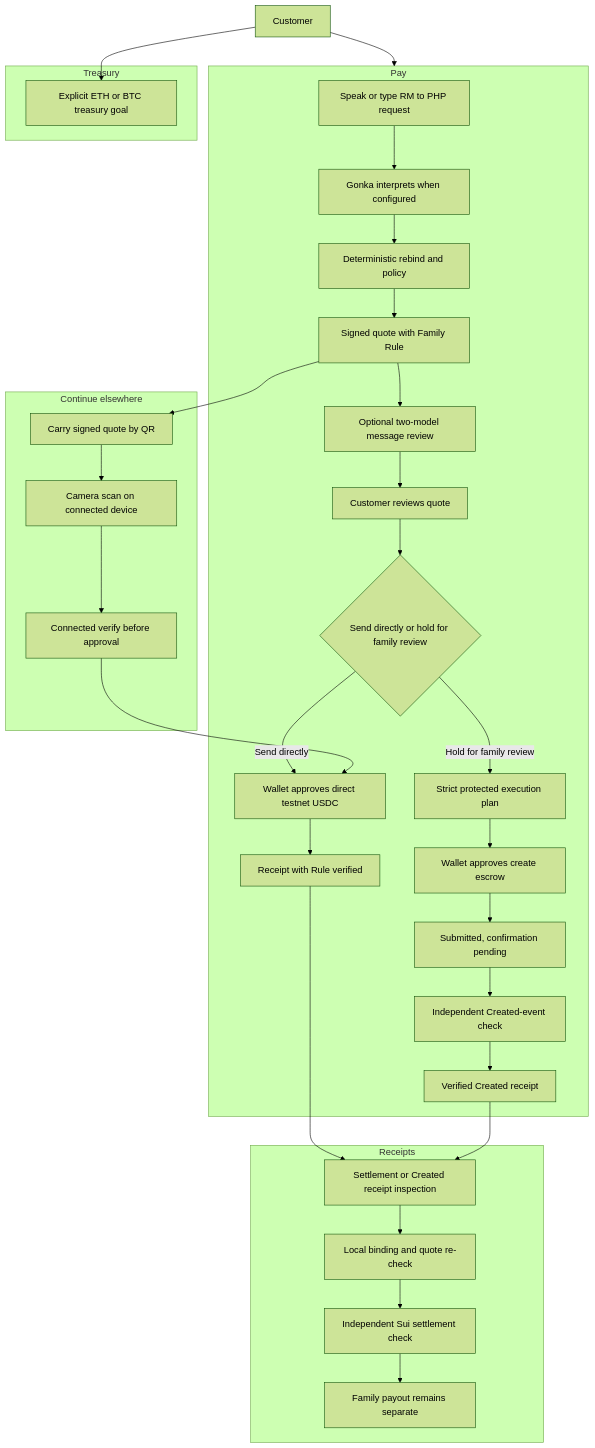
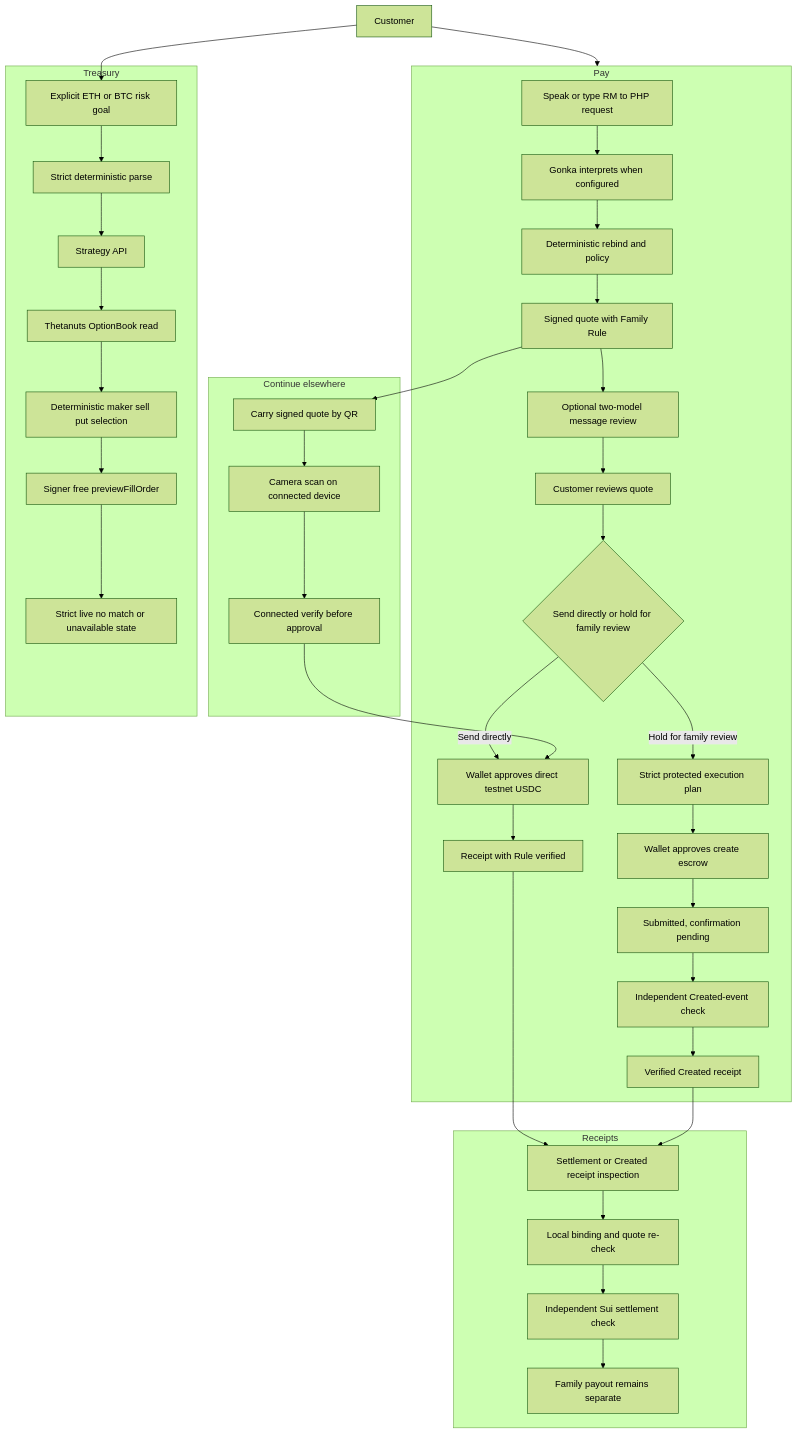
One commit to MUBA-Hack/convey-sui changed the first of 5 diagrams in README.md. Above: the diagram before and after it, drawn with Mermaid (forest theme). The commit also changed other lines of this file and 19 other files, not shown here.

````diff
--- a/README.md
+++ b/README.md
@@ -493,50 +542,57 @@
 ```mermaid
 flowchart TB
   Customer["Customer"]
 
   subgraph Pay["Pay"]
     Request["Speak or type RM to PHP request"]
     Interpret["Gonka interprets when configured"]
     Rebind["Deterministic rebind and policy"]
     Quote["Signed quote with Family Rule"]
     Steward["Optional two-model message review"]
     Review["Customer reviews quote"]
     Choice{"Send directly or hold for family review"}
     DirectWallet["Wallet approves direct testnet USDC"]
     HoldPlan["Strict protected execution plan"]
     HoldWallet["Wallet approves create escrow"]
     Receipt["Receipt with Rule verified"]
     HoldPending["Submitted, confirmation pending"]
     CreatedCheck["Independent Created-event check"]
     HoldReceipt["Verified Created receipt"]
     Request --> Interpret --> Rebind --> Quote --> Steward --> Review --> Choice
     Choice -->|Send directly| DirectWallet --> Receipt
     Choice -->|Hold for family review| HoldPlan --> HoldWallet --> HoldPending --> CreatedCheck --> HoldReceipt
   end
 
   subgraph Carry["Continue elsewhere"]
     Qr["Carry signed quote by QR"]
     Scan["Camera scan on connected device"]
     QuoteCheck["Connected verify before approval"]
     Qr --> Scan --> QuoteCheck
   end
 
   subgraph Protect["Treasury"]
-    Eth["Explicit ETH or BTC treasury goal"]
+    Goal["Explicit ETH or BTC risk goal"]
+    Parse["Strict deterministic parse"]
+    ShieldAPI["Strategy API"]
+    Read["Thetanuts OptionBook read"]
+    Policy["Deterministic maker sell put selection"]
+    Preview["Signer free previewFillOrder"]
+    State["Strict live no match or unavailable state"]
+    Goal --> Parse --> ShieldAPI --> Read --> Policy --> Preview --> State
   end
 
   subgraph ReceiptsArea["Receipts"]
     ReceiptReview["Settlement or Created receipt inspection"]
     ReceiptEvidence["Local binding and quote re-check"]
     SuiCheck["Independent Sui settlement check"]
     PayoutState["Family payout remains separate"]
     ReceiptReview --> ReceiptEvidence --> SuiCheck --> PayoutState
   end
 
   Customer --> Pay
   Quote --> Qr
   QuoteCheck --> DirectWallet
-  Customer --> Eth
+  Customer --> Goal
   Receipt --> ReceiptReview
   HoldReceipt --> ReceiptReview
 ```
````
